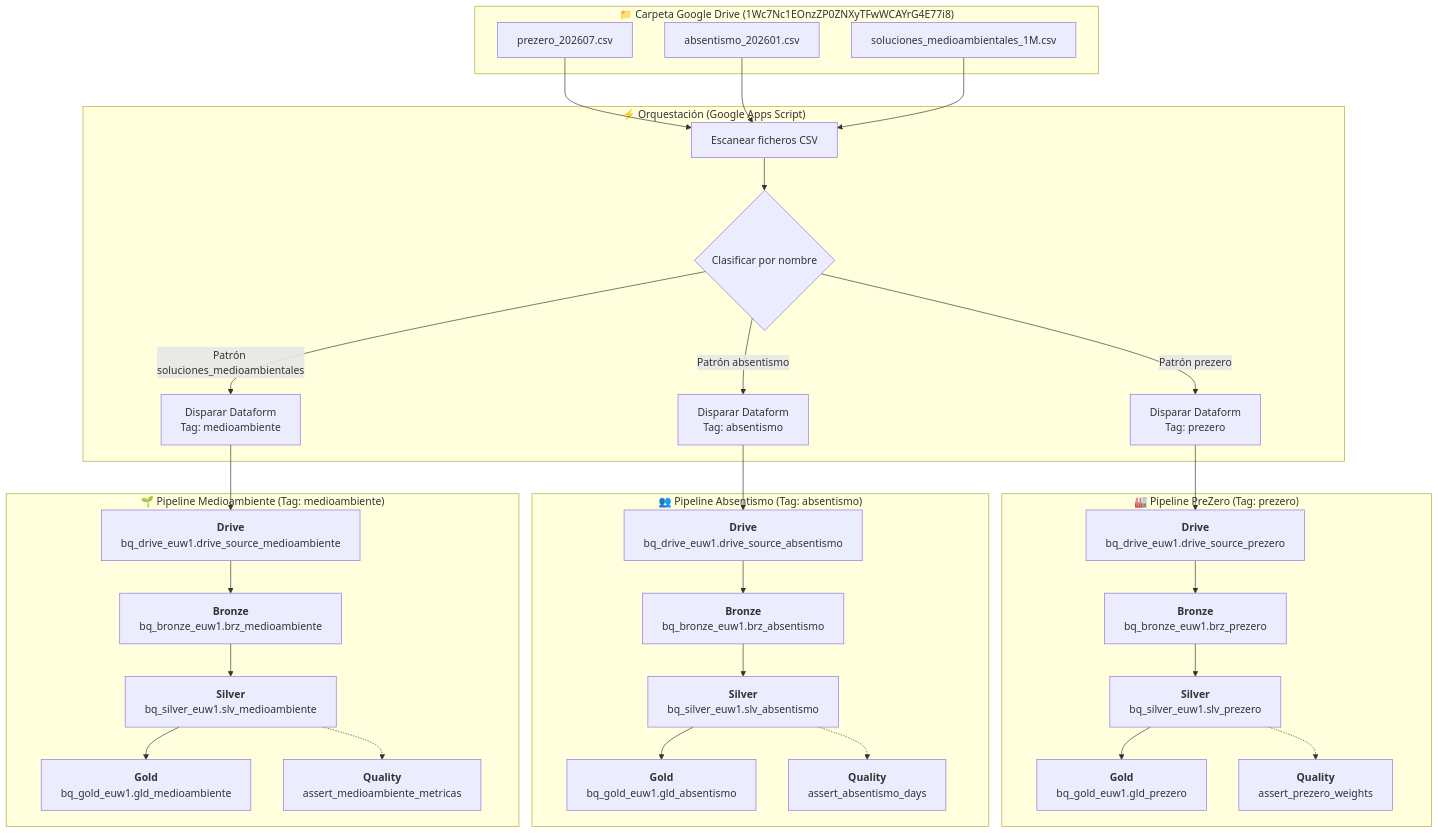
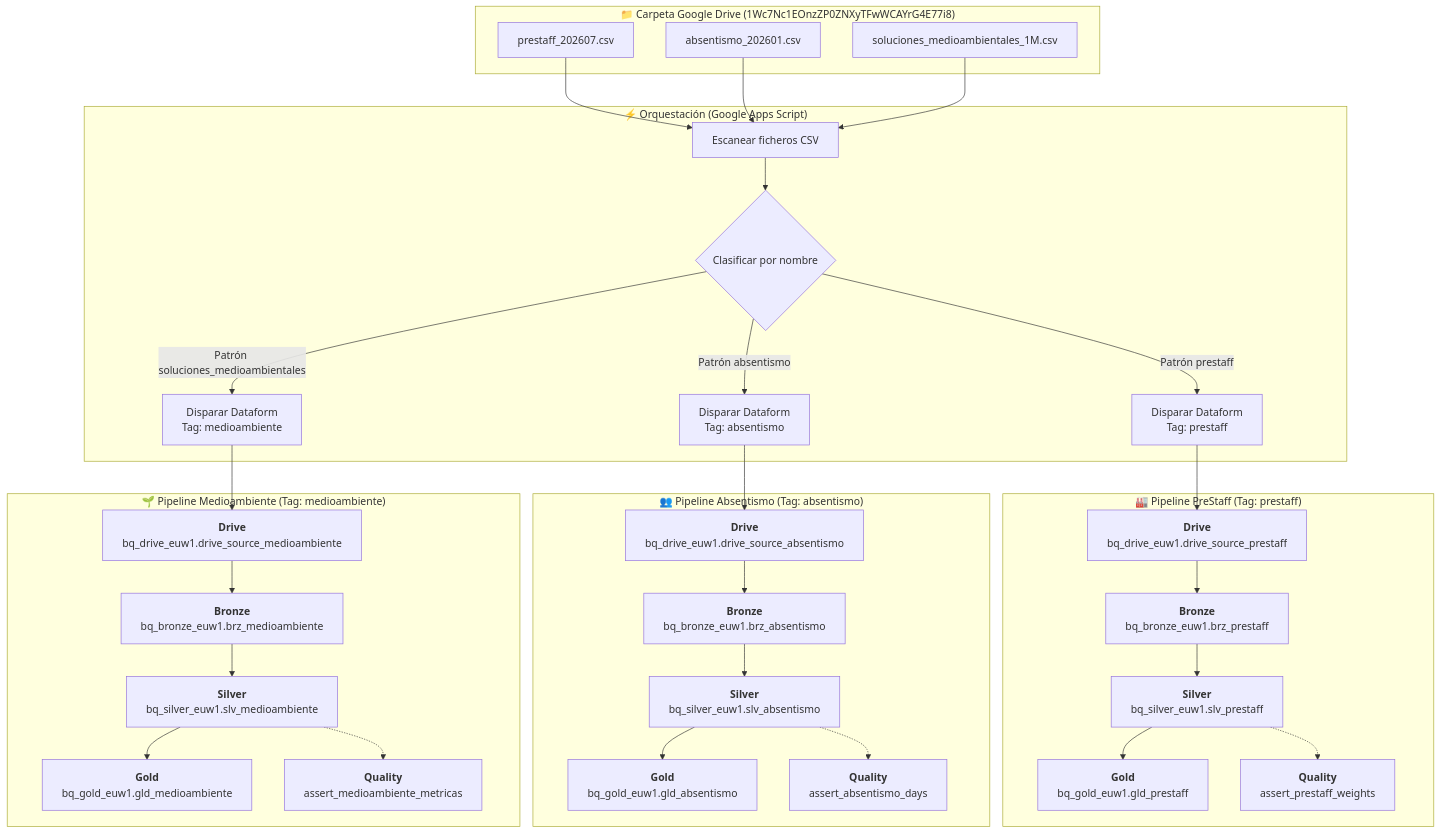
Before and after one commit to belen-torres-dvt/dataform-preZero: the diagram in README.md, drawn with Mermaid. The commit also changed other lines of this file and 10 other files, not shown here.

````diff
--- a/README.md
+++ b/README.md
@@ -42,57 +42,57 @@
 ```mermaid
 flowchart TD
     subgraph Drive["📁 Carpeta Google Drive (1Wc7Nc1EOnzZP0ZNXyTFwWCAYrG4E77i8)"]
-        F1["prezero_202607.csv"]
+        F1["prestaff_202607.csv"]
         F2["absentismo_202601.csv"]
         F3["soluciones_medioambientales_1M.csv"]
     end
 
     subgraph AS["⚡ Orquestación (Google Apps Script)"]
         Scanner["Escanear ficheros CSV"]
         Mapper{"Clasificar por nombre"}
-        RunPreZero["Disparar Dataform<br/>Tag: prezero"]
+        RunPreStaff["Disparar Dataform<br/>Tag: prestaff"]
         RunAbsentismo["Disparar Dataform<br/>Tag: absentismo"]
         RunMedioAmbiente["Disparar Dataform<br/>Tag: medioambiente"]
     end
 
-    subgraph DF_PZ["🏭 Pipeline PreZero (Tag: prezero)"]
-        PZ_Raw["<b>Drive</b><br/>bq_drive_euw1.drive_source_prezero"]
-        PZ_Brz["<b>Bronze</b><br/>bq_bronze_euw1.brz_prezero"]
-        PZ_Slv["<b>Silver</b><br/>bq_silver_euw1.slv_prezero"]
-        PZ_Gld["<b>Gold</b><br/>bq_gold_euw1.gld_prezero"]
-        PZ_Ass["<b>Quality</b><br/>assert_prezero_weights"]
+    subgraph DF_PS["🏭 Pipeline PreStaff (Tag: prestaff)"]
+        PS_Raw["<b>Drive</b><br/>bq_drive_euw1.drive_source_prestaff"]
+        PS_Brz["<b>Bronze</b><br/>bq_bronze_euw1.brz_prestaff"]
+        PS_Slv["<b>Silver</b><br/>bq_silver_euw1.slv_prestaff"]
+        PS_Gld["<b>Gold</b><br/>bq_gold_euw1.gld_prestaff"]
+        PS_Ass["<b>Quality</b><br/>assert_prestaff_weights"]
     end
 
     subgraph DF_AB["👥 Pipeline Absentismo (Tag: absentismo)"]
         AB_Raw["<b>Drive</b><br/>bq_drive_euw1.drive_source_absentismo"]
         AB_Brz["<b>Bronze</b><br/>bq_bronze_euw1.brz_absentismo"]
         AB_Slv["<b>Silver</b><br/>bq_silver_euw1.slv_absentismo"]
         AB_Gld["<b>Gold</b><br/>bq_gold_euw1.gld_absentismo"]
         AB_Ass["<b>Quality</b><br/>assert_absentismo_days"]
     end
 
     subgraph DF_MA["🌱 Pipeline Medioambiente (Tag: medioambiente)"]
         MA_Raw["<b>Drive</b><br/>bq_drive_euw1.drive_source_medioambiente"]
         MA_Brz["<b>Bronze</b><br/>bq_bronze_euw1.brz_medioambiente"]
         MA_Slv["<b>Silver</b><br/>bq_silver_euw1.slv_medioambiente"]
         MA_Gld["<b>Gold</b><br/>bq_gold_euw1.gld_medioambiente"]
         MA_Ass["<b>Quality</b><br/>assert_medioambiente_metricas"]
     end
 
     F1 --> Scanner
     F2 --> Scanner
     F3 --> Scanner
     Scanner --> Mapper
-    Mapper -->|Patrón prezero| RunPreZero
+    Mapper -->|Patrón prestaff| RunPreStaff
     Mapper -->|Patrón absentismo| RunAbsentismo
     Mapper -->|Patrón soluciones_medioambientales| RunMedioAmbiente
 
-    RunPreZero --> PZ_Raw --> PZ_Brz --> PZ_Slv --> PZ_Gld
-    PZ_Slv -.-> PZ_Ass
+    RunPreStaff --> PS_Raw --> PS_Brz --> PS_Slv --> PS_Gld
+    PS_Slv -.-> PS_Ass
 
     RunAbsentismo --> AB_Raw --> AB_Brz --> AB_Slv --> AB_Gld
     AB_Slv -.-> AB_Ass
 
     RunMedioAmbiente --> MA_Raw --> MA_Brz --> MA_Slv --> MA_Gld
     MA_Slv -.-> MA_Ass
 ```
````
